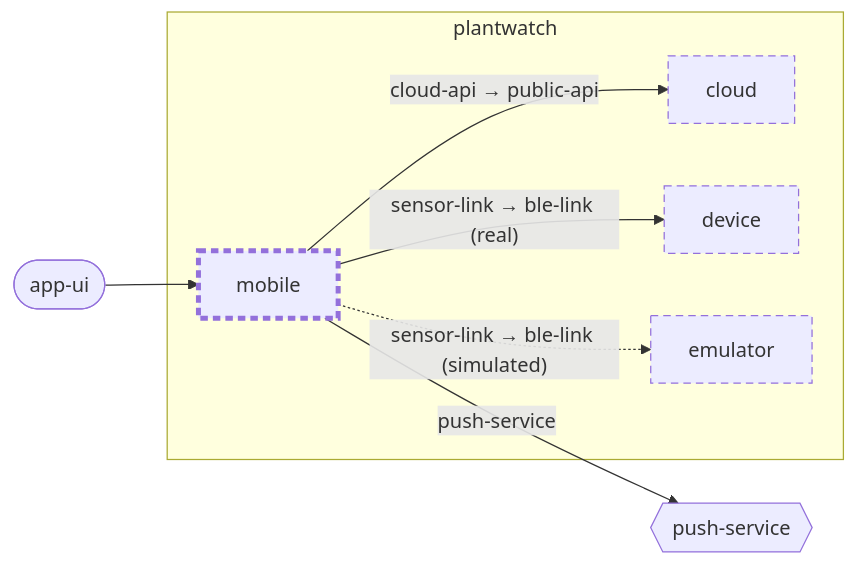
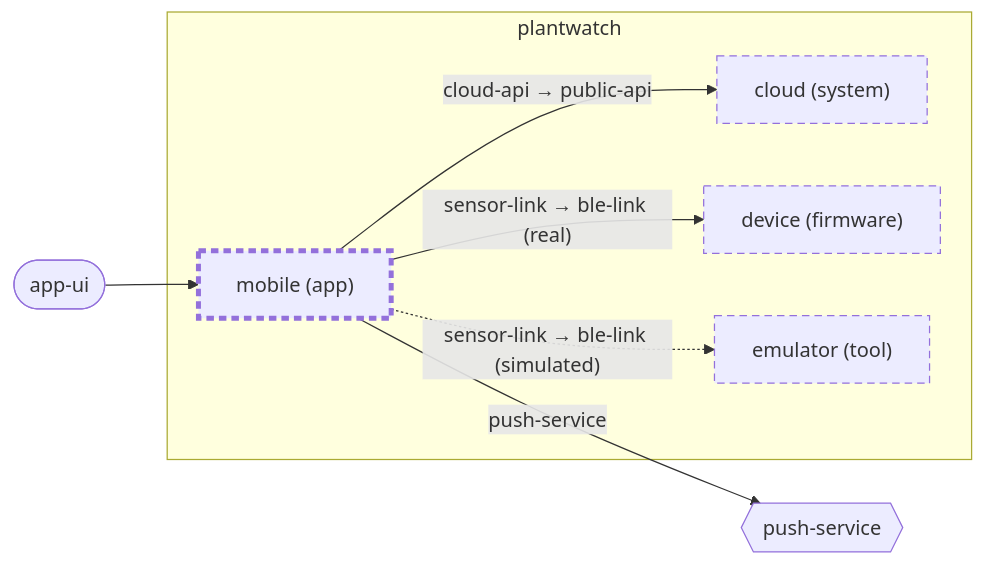
One commit to wackazong/unifold changed the diagram in examples/plantwatch/mobile/docs/diagrams/context.md. Above: the diagram before and after it, drawn with Mermaid. The commit also changed other lines of this file and 339 other files, not shown here.

````diff
--- a/examples/plantwatch/mobile/docs/diagrams/context.md
+++ b/examples/plantwatch/mobile/docs/diagrams/context.md
@@ -8,22 +8,22 @@
 ```mermaid
 flowchart LR
   subgraph u_root["plantwatch"]
-    u_cloud["cloud"]
-    u_device["device"]
-    u_emulator["emulator"]
-    u_mobile["mobile"]
+    u_cloud["cloud (system)"]
+    u_device["device (firmware)"]
+    u_emulator["emulator (tool)"]
+    u_mobile["mobile (app)"]
   end
   n_root___push_dservice{{"push-service"}}
   p_root___app_dui(["app-ui"])
   u_mobile -->|"sensor-link → ble-link (real)"| u_device
   u_mobile -.->|"sensor-link → ble-link (simulated)"| u_emulator
   u_mobile -->|"cloud-api → public-api"| u_cloud
   u_mobile -->|"push-service"| n_root___push_dservice
   p_root___app_dui --> u_mobile
   classDef focus stroke-width:4px
   classDef planned stroke-dasharray:6 4
   classDef deprecated stroke-dasharray:2 2,opacity:0.6
   classDef plain stroke-dasharray:2 3
   class u_cloud,u_device,u_emulator,u_mobile planned
   class u_mobile focus
 ```
````
